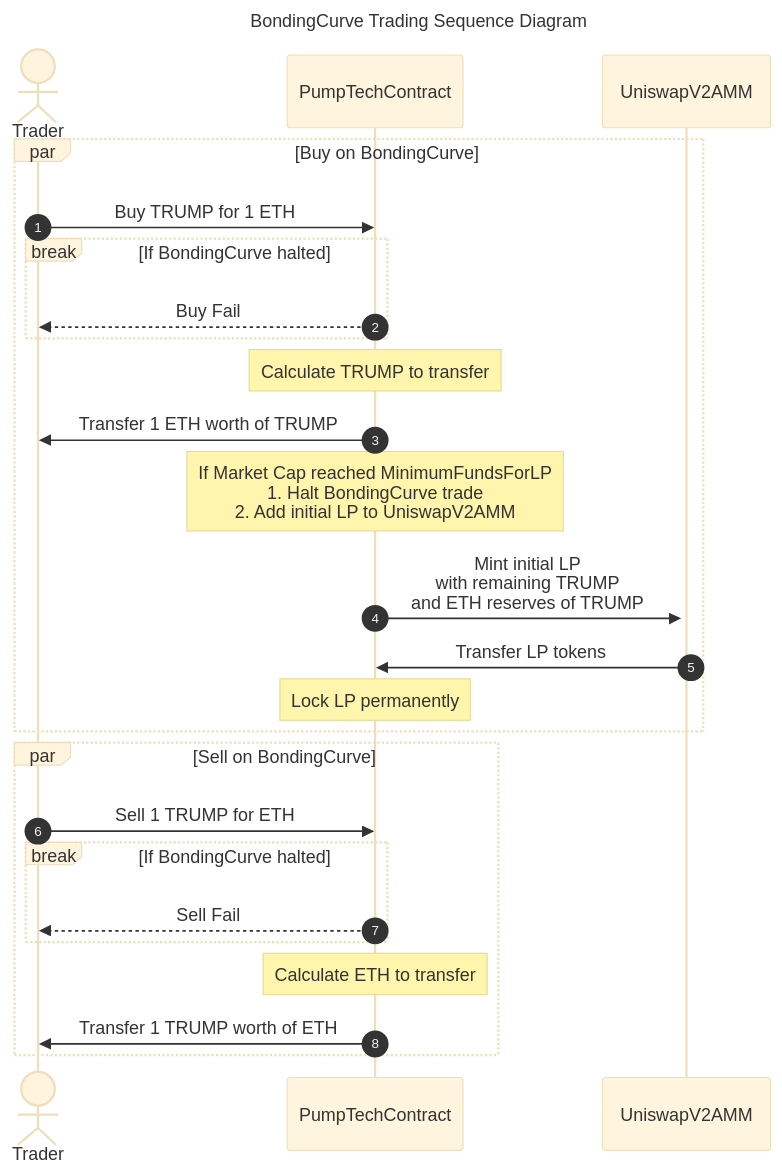
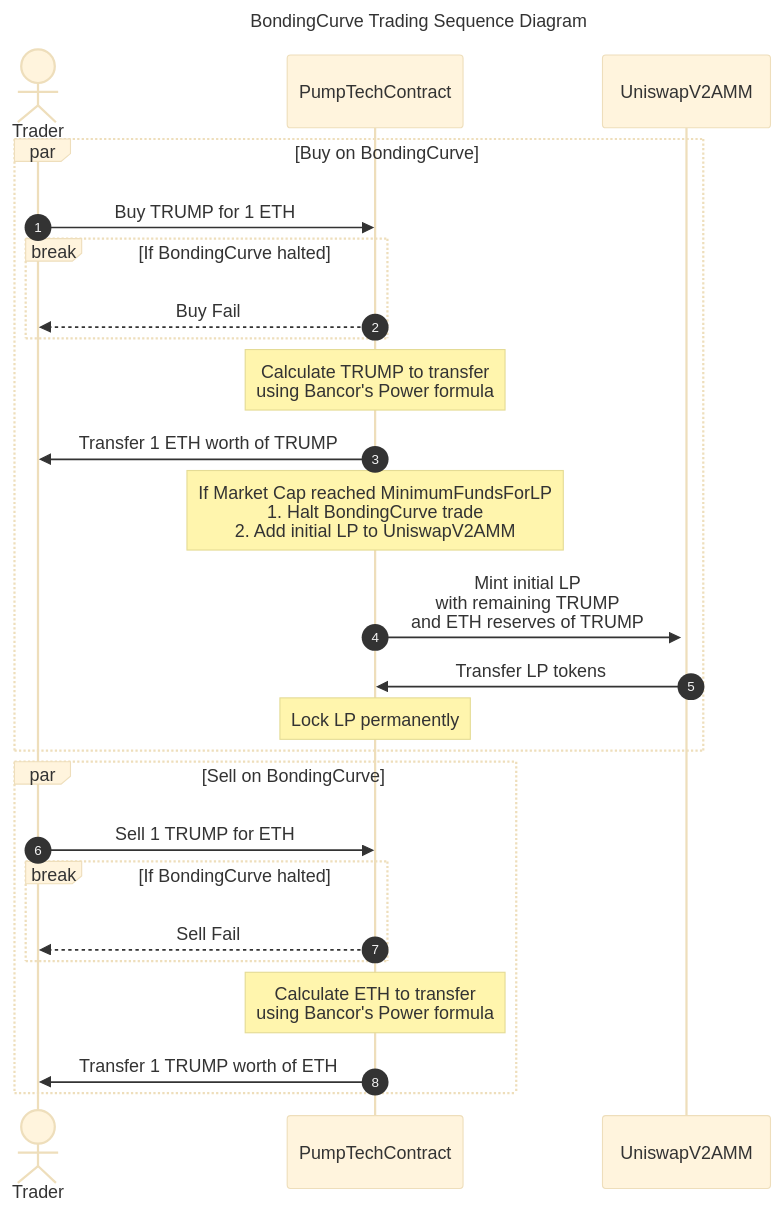
One commit to aloshyakasoto/pump.tech changed the second of 3 diagrams in docs/OPERATIONS.md. Above: the diagram before and after it, drawn with Mermaid (base theme). The commit also changed other lines of this file, not shown here.

````diff
--- a/docs/OPERATIONS.md
+++ b/docs/OPERATIONS.md
@@ -49,31 +50,31 @@
 ```mermaid
 ---
 title: BondingCurve Trading Sequence Diagram
 ---
 sequenceDiagram
     autonumber
     actor Trader
     participant PumpTechContract
     participant UniswapV2AMM
     par Buy on BondingCurve
         Trader ->> PumpTechContract: Buy TRUMP for 1 ETH
         break If BondingCurve halted
             PumpTechContract-->>Trader: Buy Fail
         end
-        Note over PumpTechContract: Calculate TRUMP to transfer
+        Note over PumpTechContract: Calculate TRUMP to transfer<br />using Bancor's Power formula
         PumpTechContract ->> Trader: Transfer 1 ETH worth of TRUMP
         Note over PumpTechContract: If Market Cap reached MinimumFundsForLP<br/>1. Halt BondingCurve trade<br/>2. Add initial LP to UniswapV2AMM
         activate UniswapV2AMM
         PumpTechContract ->> UniswapV2AMM: Mint initial LP<br/>with remaining TRUMP<br/>and ETH reserves of TRUMP
         UniswapV2AMM ->> PumpTechContract: Transfer LP tokens
         Note over PumpTechContract: Lock LP permanently
     end
     par Sell on BondingCurve
         Trader ->> PumpTechContract: Sell 1 TRUMP for ETH
         break If BondingCurve halted
         PumpTechContract-->>Trader: Sell Fail
         end
-        Note over PumpTechContract: Calculate ETH to transfer
+        Note over PumpTechContract: Calculate ETH to transfer<br />using Bancor's Power formula
         PumpTechContract ->> Trader: Transfer 1 TRUMP worth of ETH
     end
 ```
````
